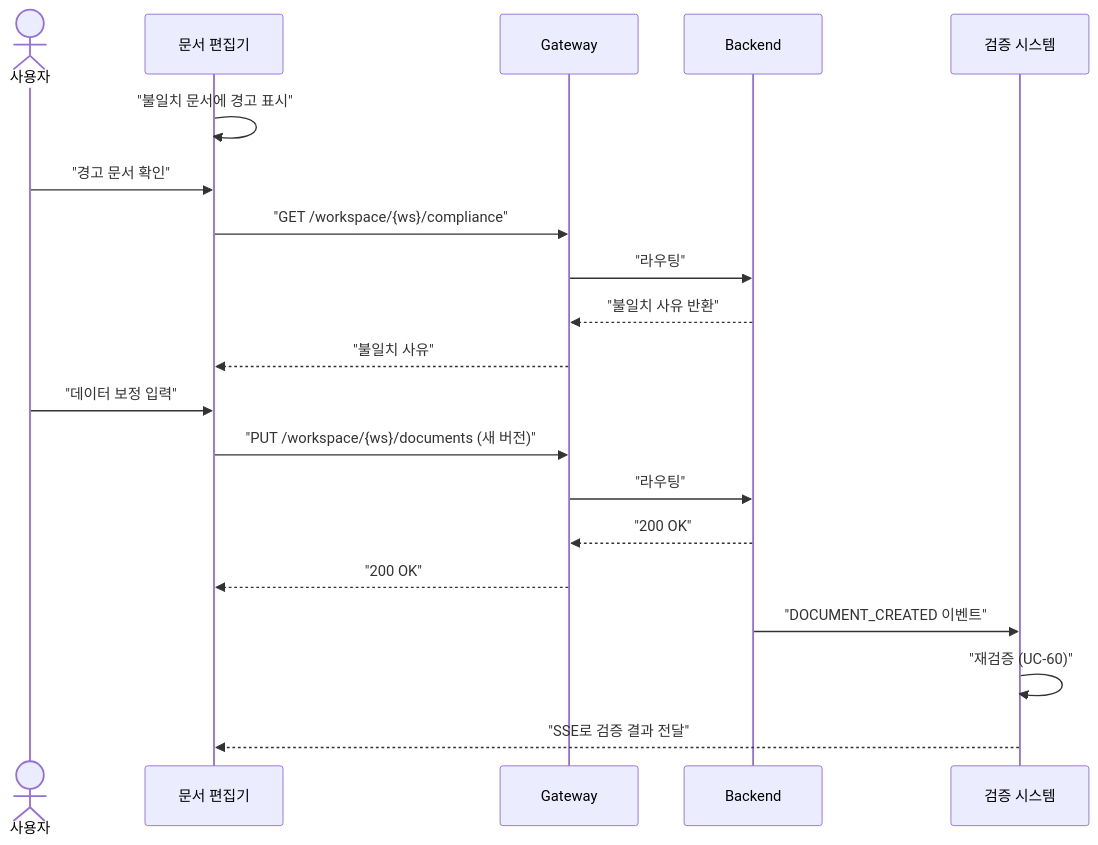
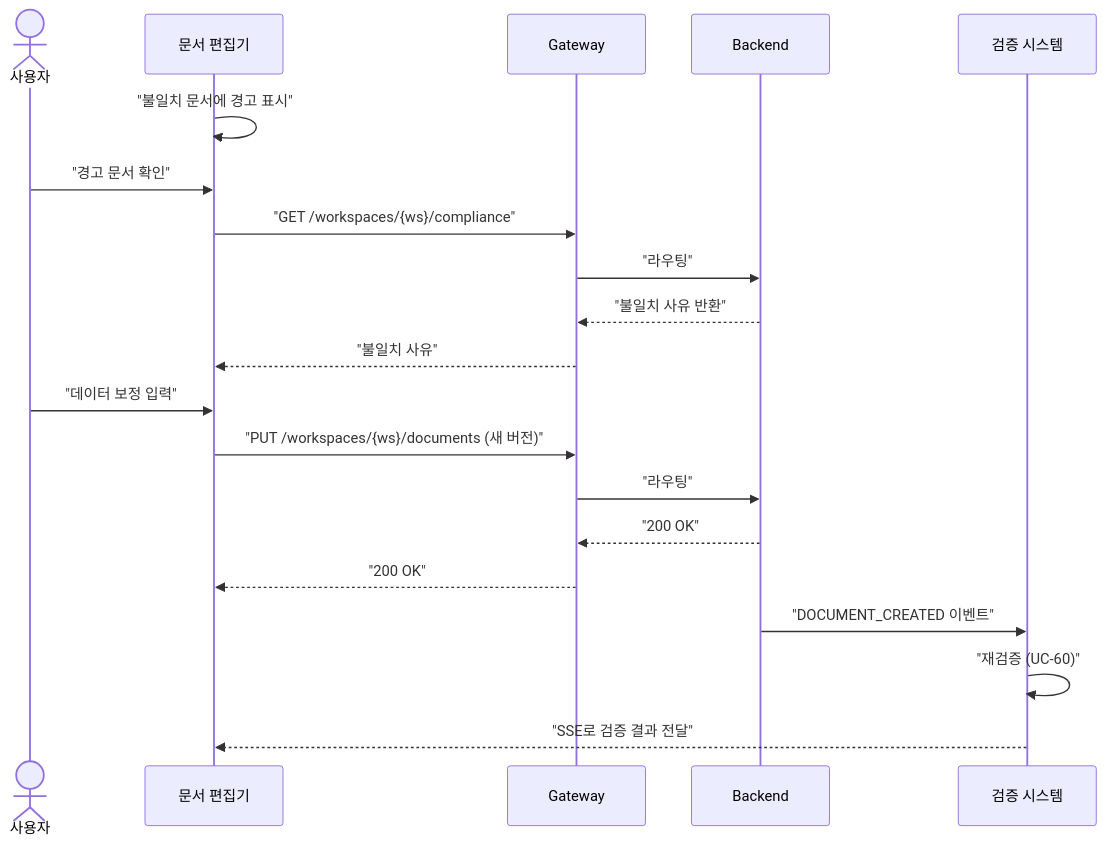
Diagram 18 of 28 in docs/usecases.md (sayaya1090/handbook), drawn with Mermaid before and after one commit. The commit also changed other lines of this file and 58 other files, not shown here.

````diff
--- a/docs/usecases.md
+++ b/docs/usecases.md
@@ -1267,23 +1267,23 @@
 ```mermaid
 sequenceDiagram
     actor U as 사용자
     participant UI as 문서 편집기
     participant GW as Gateway
     participant API as Backend
     participant V as 검증 시스템
 
     UI->>UI: "불일치 문서에 경고 표시"
     U->>UI: "경고 문서 확인"
-    UI->>GW: "GET /workspace/{ws}/compliance"
+    UI->>GW: "GET /workspaces/{ws}/compliance"
     GW->>API: "라우팅"
     API-->>GW: "불일치 사유 반환"
     GW-->>UI: "불일치 사유"
     U->>UI: "데이터 보정 입력"
-    UI->>GW: "PUT /workspace/{ws}/documents (새 버전)"
+    UI->>GW: "PUT /workspaces/{ws}/documents (새 버전)"
     GW->>API: "라우팅"
     API-->>GW: "200 OK"
     GW-->>UI: "200 OK"
     API->>V: "DOCUMENT_CREATED 이벤트"
     V->>V: "재검증 (UC-60)"
     V-->>UI: "SSE로 검증 결과 전달"
 ```
````
